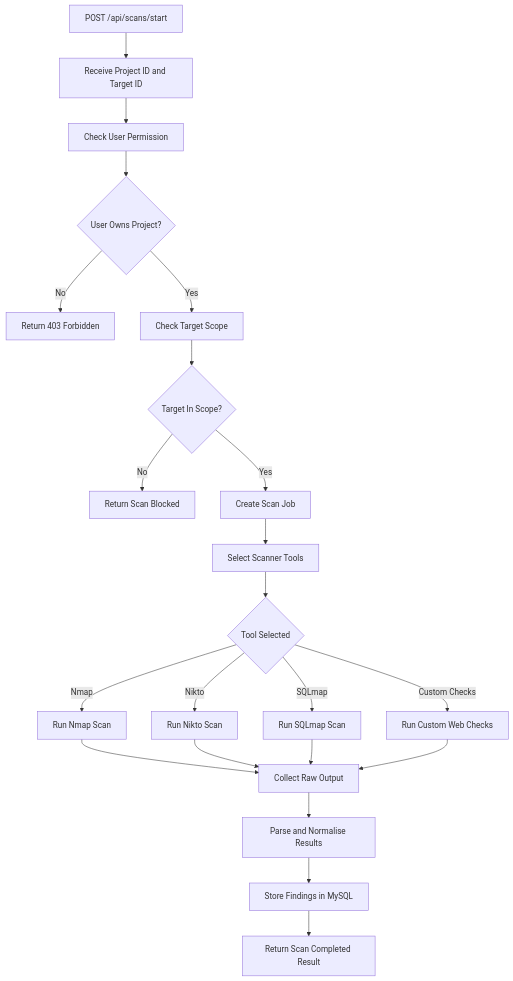
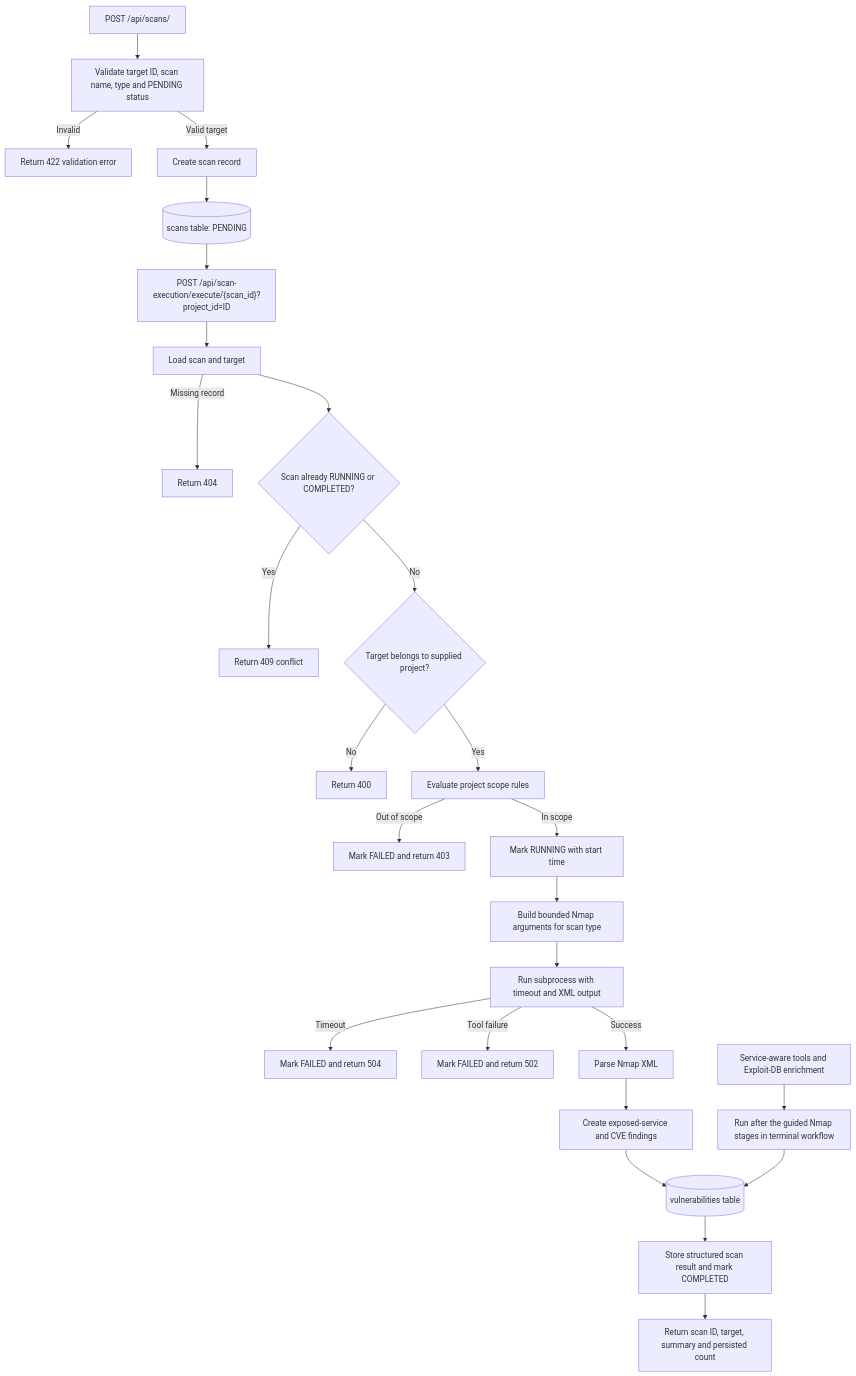
One commit to ChiragMenariyaCJ/AI-Powered-Penetration-Testing-Assist-System changed the diagram in System Architecture Flow Charts/03_API_Flows/Scan_Execution_API.mmd. Above: the diagram before and after it, drawn with Mermaid. The commit also changed 18 other files, not shown here.

Commit message:
Refactor mermaid code structure for improved readability and maintainability

```diff
--- a/System Architecture Flow Charts/03_API_Flows/Scan_Execution_API.mmd
+++ b/System Architecture Flow Charts/03_API_Flows/Scan_Execution_API.mmd
@@ -1,32 +1,29 @@
 flowchart TD
-    A[POST /api/scans/start] --> B[Receive Project ID and Target ID]
+    A[POST /api/scans/] --> B[Validate target ID, scan name, type and PENDING status]
+    B -->|Invalid| C[Return 422 validation error]
+    B -->|Valid target| D[Create scan record]
+    D --> E[(scans table: PENDING)]
 
-    B --> C[Check User Permission]
+    E --> F["POST /api/scan-execution/execute/{scan_id}?project_id=ID"]
+    F --> G[Load scan and target]
+    G -->|Missing record| H[Return 404]
+    G --> I{Scan already RUNNING or COMPLETED?}
+    I -->|Yes| J[Return 409 conflict]
+    I -->|No| K{Target belongs to supplied project?}
+    K -->|No| L[Return 400]
+    K -->|Yes| M[Evaluate project scope rules]
+    M -->|Out of scope| N[Mark FAILED and return 403]
+    M -->|In scope| O[Mark RUNNING with start time]
 
-    C --> D{User Owns Project?}
+    O --> P[Build bounded Nmap arguments for scan type]
+    P --> Q[Run subprocess with timeout and XML output]
+    Q -->|Timeout| R[Mark FAILED and return 504]
+    Q -->|Tool failure| S[Mark FAILED and return 502]
+    Q -->|Success| T[Parse Nmap XML]
+    T --> U[Create exposed-service and CVE findings]
+    U --> V[(vulnerabilities table)]
+    V --> W[Store structured scan result and mark COMPLETED]
+    W --> X[Return scan ID, target, summary and persisted count]
 
-    D -- No --> E[Return 403 Forbidden]
-    D -- Yes --> F[Check Target Scope]
-
-    F --> G{Target In Scope?}
-
-    G -- No --> H[Return Scan Blocked]
-    G -- Yes --> I[Create Scan Job]
-
-    I --> J[Select Scanner Tools]
-
-    J --> K{Tool Selected}
-
-    K -- Nmap --> L[Run Nmap Scan]
-    K -- Nikto --> M[Run Nikto Scan]
-    K -- SQLmap --> N[Run SQLmap Scan]
-    K -- Custom Checks --> O[Run Custom Web Checks]
-
-    L --> P[Collect Raw Output]
-    M --> P
-    N --> P
-    O --> P
-
-    P --> Q[Parse and Normalise Results]
-    Q --> R[Store Findings in MySQL]
-    R --> S[Return Scan Completed Result]
+    Y[Service-aware tools and Exploit-DB enrichment] --> Z[Run after the guided Nmap stages in terminal workflow]
+    Z --> V
```
